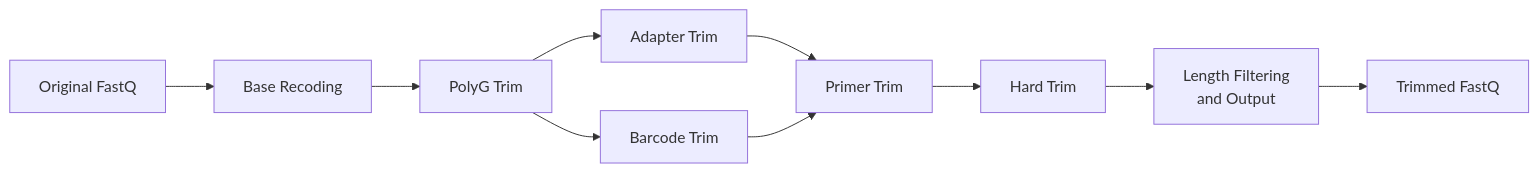
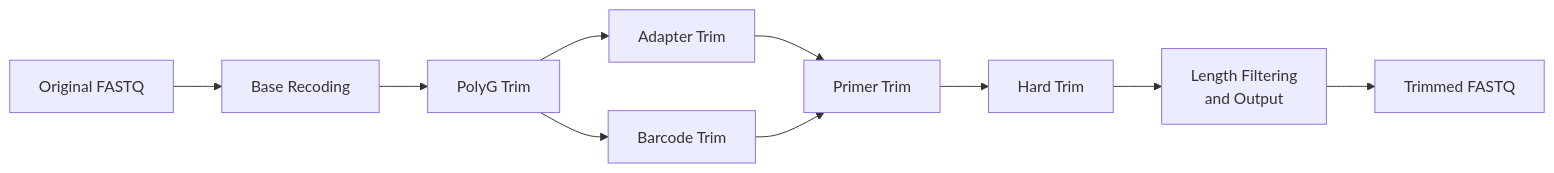
The second of 2 diagrams in TRIMMER.md (CDCgov/irma-core), drawn with Mermaid before and after one commit. The commit also changed other lines of this file, not shown here.

````diff
--- a/TRIMMER.md
+++ b/TRIMMER.md
@@ -22,12 +22,12 @@
 ```mermaid
     flowchart LR
-        A[Original FastQ] --> B[Base Recoding]
+        A[Original FASTQ] --> B[Base Recoding]
         B --> C[PolyG Trim]
         C --> D[Adapter Trim]
         C --> E[Barcode Trim]
         D --> F[Primer Trim]
         E --> F
         F --> G[Hard Trim]
         G --> H[Length Filtering <br> and Output]
-        H --> I[Trimmed FastQ]
+        H --> I[Trimmed FASTQ]
 ```
````
